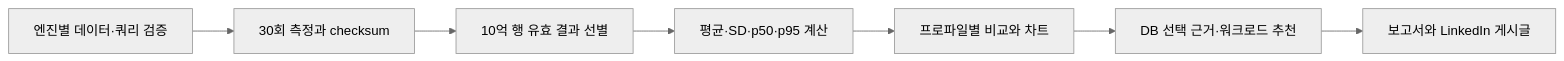
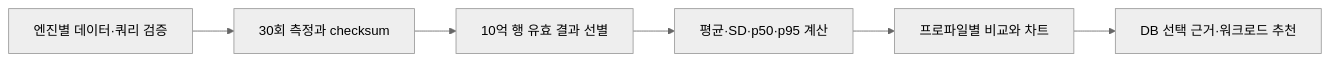
One commit to espseongsm/oss-db-performance-comparison changed the diagram in results/benchmark-report.md. Above: the diagram before and after it, drawn with Mermaid (neutral theme). The commit also changed other lines of this file and 3 other files, not shown here.

````diff
--- a/results/benchmark-report.md
+++ b/results/benchmark-report.md
@@ -282,9 +281,8 @@
 ```mermaid
 flowchart LR
     A[엔진별 데이터·쿼리 검증] --> B[30회 측정과 checksum]
     B --> C[10억 행 유효 결과 선별]
     C --> D[평균·SD·p50·p95 계산]
     D --> E[프로파일별 비교와 차트]
     E --> F[DB 선택 근거·워크로드 추천]
-    F --> G[보고서와 LinkedIn 게시글]
 ```
````
